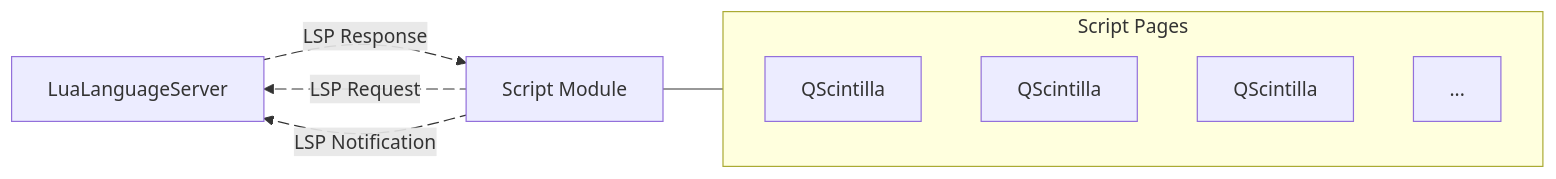
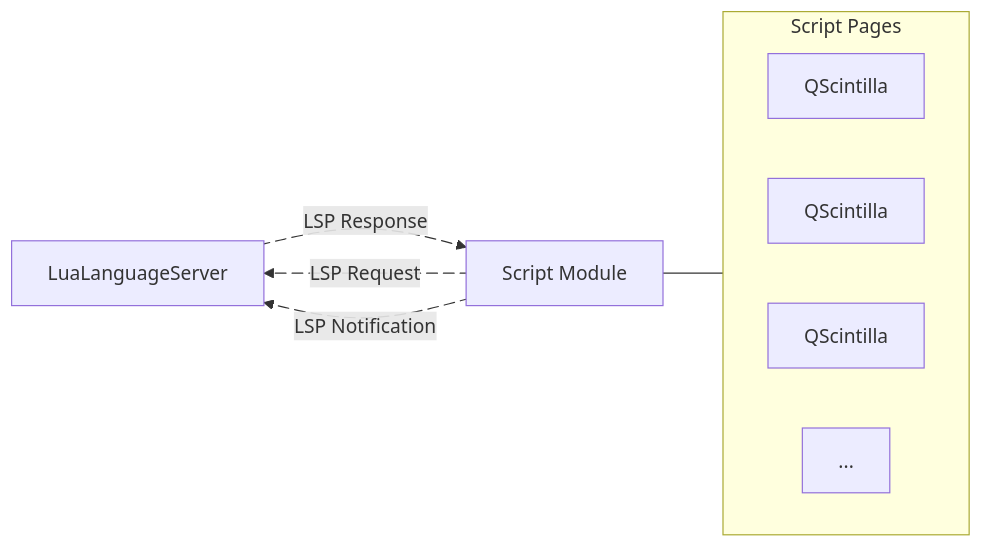
One commit to zyt20001205/UniComm2 changed the second of 2 diagrams in readme.md. Above: the diagram before and after it, drawn with Mermaid.

Commit message:
final testing: minor fix

````diff
--- a/readme.md
+++ b/readme.md
@@ -135,19 +135,19 @@
 ```mermaid
 flowchart LR
     luaLanguageServer[LuaLanguageServer]
     scriptModule[Script Module]
     subgraph scriptPages[Script Pages]
-        direction TB
+        direction LR
         qScintilla1[QScintilla]
         qScintilla2[QScintilla]
         qScintilla3[QScintilla]
         qScintilla4[...]
     end
     luaLanguageServer e1@-->|LSP Response| scriptModule
     scriptModule e2@-->|LSP Request| luaLanguageServer
     scriptModule e3@-->|LSP Notification| luaLanguageServer
     scriptModule --- scriptPages
     e1@{ animate: true }
     e2@{ animate: true }
     e3@{ animate: true }
 ```
````
